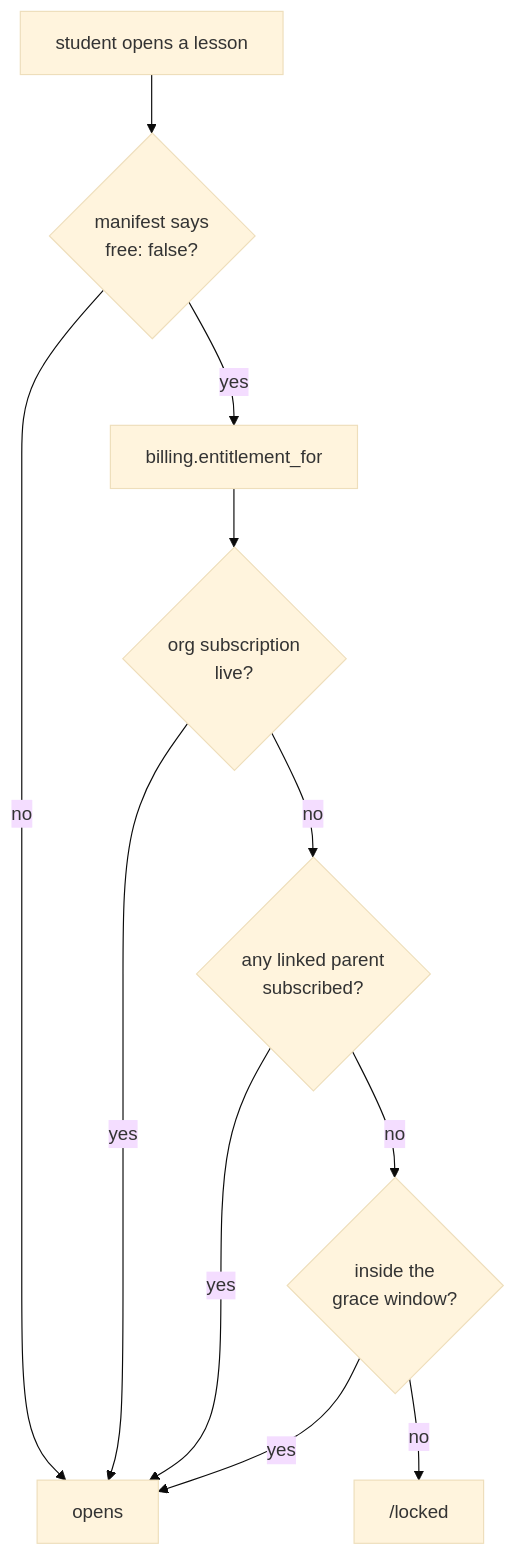
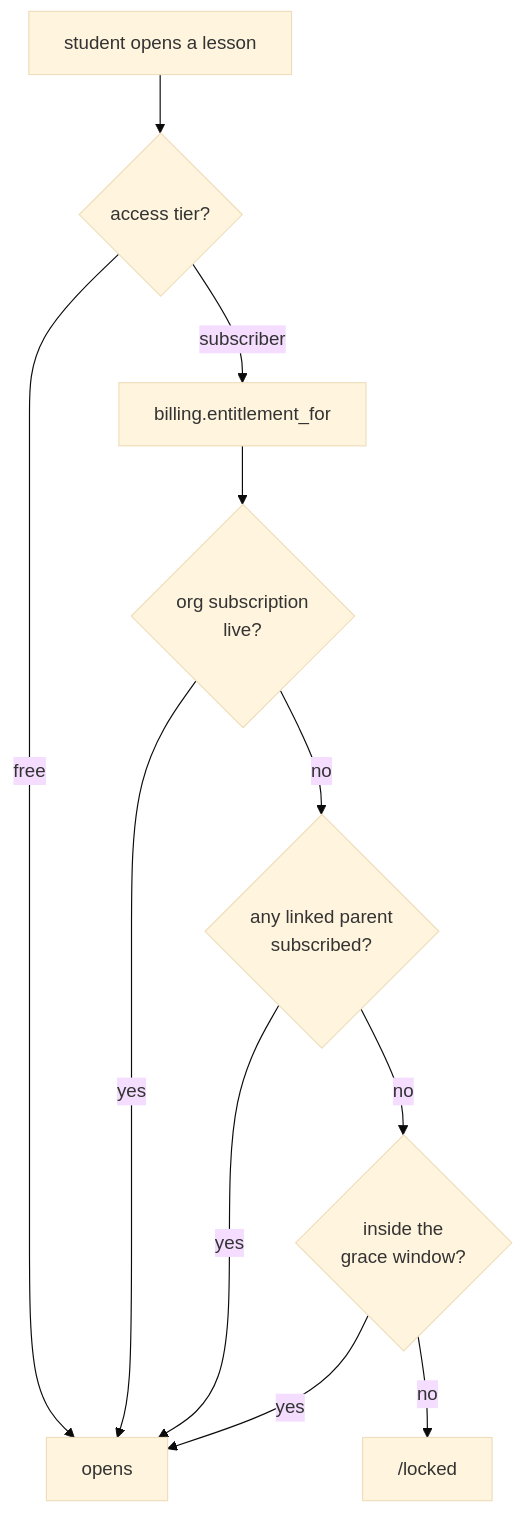
The fifth of 5 diagrams in docs/ARCHITECTURE.md (shry9735/Book-Trial-Thing), drawn with Mermaid (base theme) before and after one commit. The commit also changed other lines of this file and 12 other files, not shown here.

````diff
--- a/docs/ARCHITECTURE.md
+++ b/docs/ARCHITECTURE.md
@@ -255,13 +255,13 @@
 ```mermaid
 graph TD
-    Start["student opens a lesson"] --> Free{"manifest says<br/>free: false?"}
-    Free -->|no| Open["opens"]
-    Free -->|yes| Ent["billing.entitlement_for"]
+    Start["student opens a lesson"] --> Free{"access tier?"}
+    Free -->|free| Open["opens"]
+    Free -->|subscriber| Ent["billing.entitlement_for"]
     Ent --> Org{"org subscription<br/>live?"}
     Org -->|yes| Open
     Org -->|no| Par{"any linked parent<br/>subscribed?"}
     Par -->|yes| Open
     Par -->|no| Grace{"inside the<br/>grace window?"}
     Grace -->|yes| Open
     Grace -->|no| Locked["/locked"]
 ```
````
